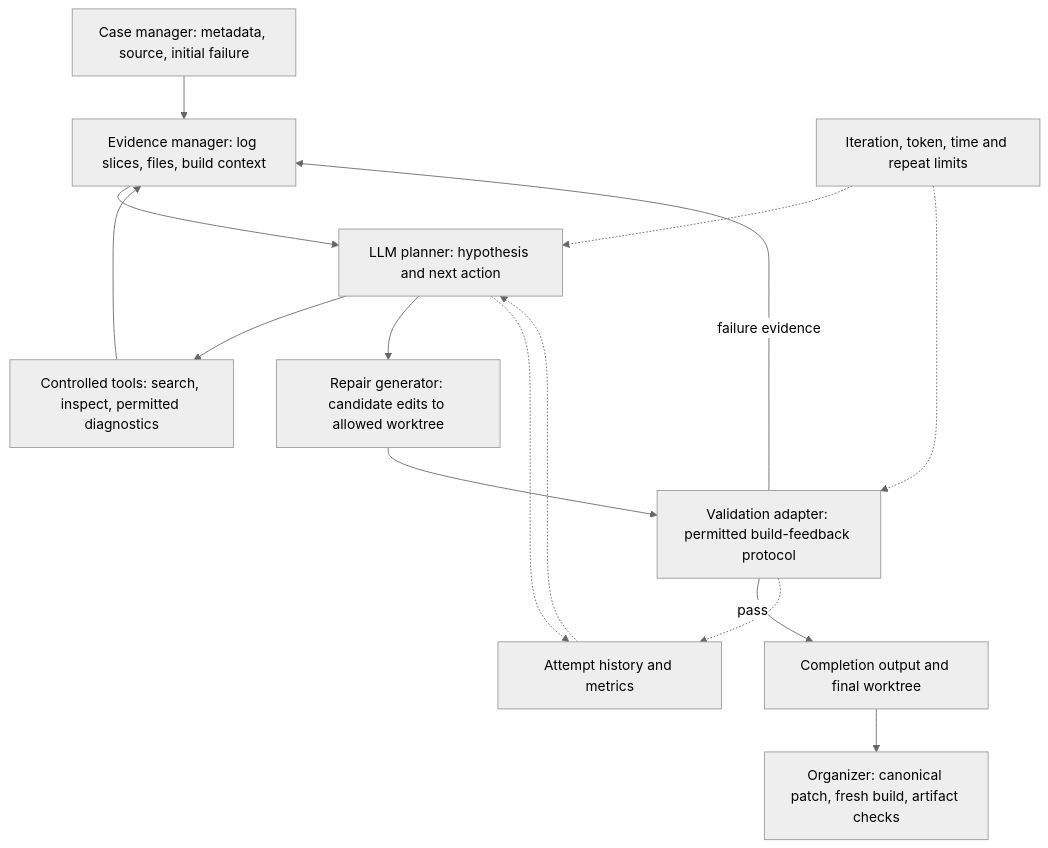
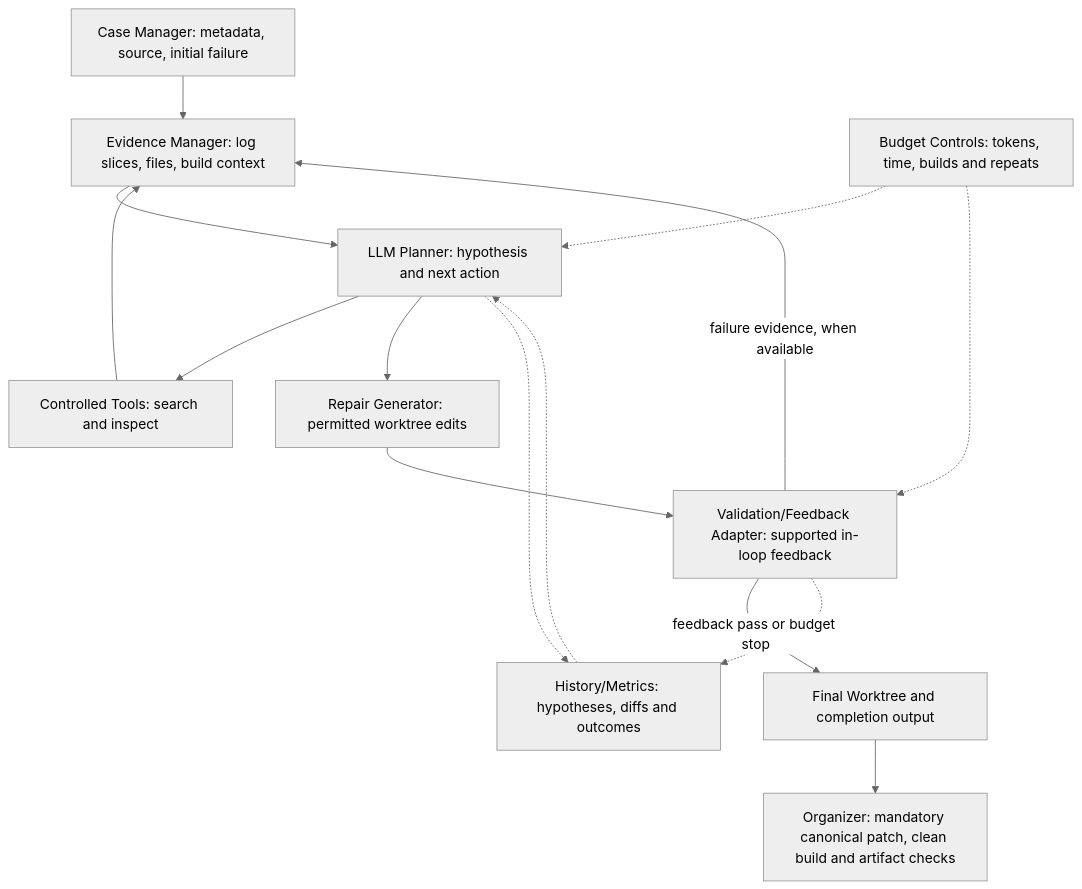
One commit to ec528-fall26/build-bench changed the diagram in docs/design-proposal.md. Above: the diagram before and after it, drawn with Mermaid (neutral theme). The commit also changed other lines of this file and 23 other files, not shown here.

````diff
--- a/docs/design-proposal.md
+++ b/docs/design-proposal.md
@@ -30,17 +37,17 @@
 ```mermaid
 flowchart TD
-    C[Case manager: metadata, source, initial failure] --> E[Evidence manager: log slices, files, build context]
-    E --> P[LLM planner: hypothesis and next action]
-    P --> T[Controlled tools: search, inspect, permitted diagnostics]
+    C[Case Manager: metadata, source, initial failure] --> E[Evidence Manager: log slices, files, build context]
+    E --> P[LLM Planner: hypothesis and next action]
+    P --> T[Controlled Tools: search and inspect]
     T --> E
-    P --> R[Repair generator: candidate edits to allowed worktree]
-    R --> V[Validation adapter: permitted build-feedback protocol]
-    V -->|failure evidence| E
-    V -->|pass| F[Completion output and final worktree]
-    F --> O[Organizer: canonical patch, fresh build, artifact checks]
-    H[Attempt history and metrics] -.-> P
+    P --> R[Repair Generator: permitted worktree edits]
+    R --> V[Validation/Feedback Adapter: supported in-loop feedback]
+    V -->|failure evidence, when available| E
+    V -->|feedback pass or budget stop| F[Final Worktree and completion output]
+    F --> O[Organizer: mandatory canonical patch, clean build and artifact checks]
+    H[History/Metrics: hypotheses, diffs and outcomes] -.-> P
     P -.-> H
     V -.-> H
-    B[Iteration, token, time and repeat limits] -.-> P
+    B[Budget Controls: tokens, time, builds and repeats] -.-> P
     B -.-> V
 ```
````
